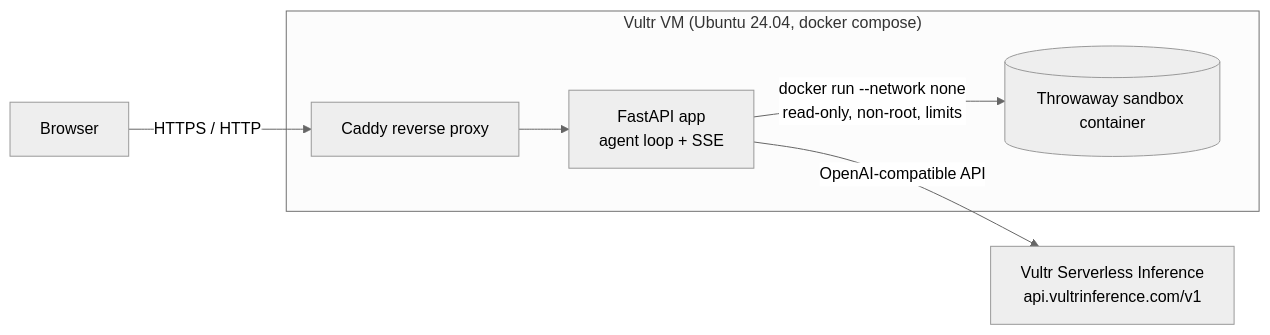
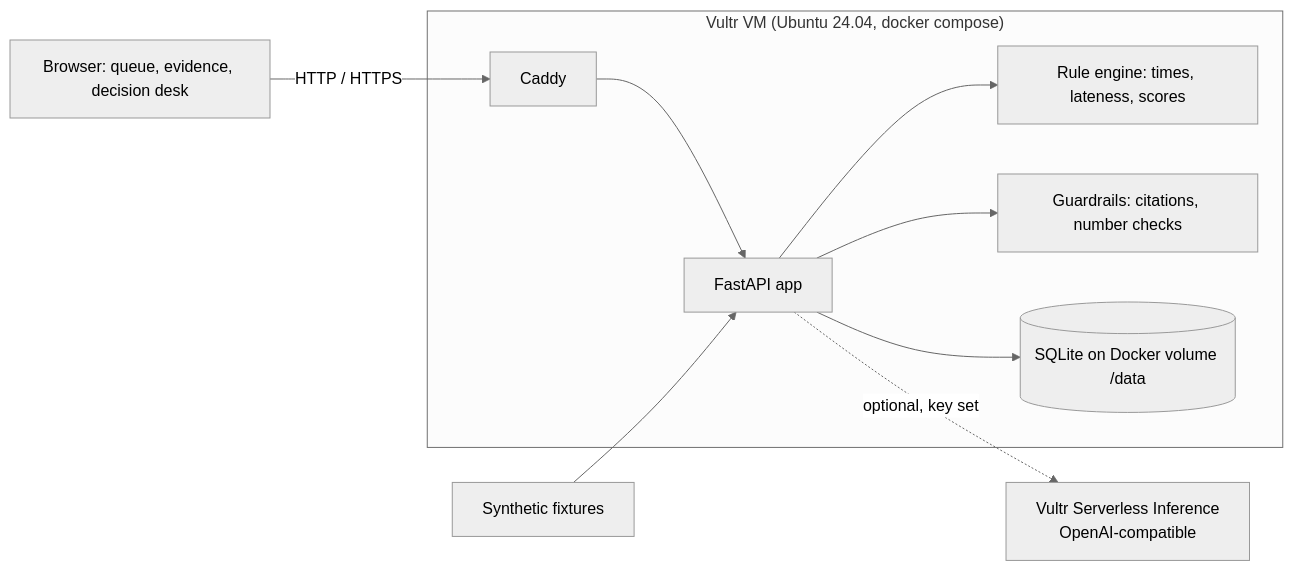
Before and after one commit to worldstar0722/vultr-agent-rush: the diagram in README.md, drawn with Mermaid (neutral theme). The commit also changed other lines of this file and 40 other files, not shown here.

````diff
--- a/README.md
+++ b/README.md
@@ -21,9 +31,12 @@
 ```mermaid
 flowchart LR
-    B[Browser] -->|HTTPS / HTTP| C[Caddy reverse proxy]
+    B[Browser: queue, evidence, decision desk] -->|HTTP / HTTPS| C[Caddy]
     subgraph VM["Vultr VM (Ubuntu 24.04, docker compose)"]
-        C --> A[FastAPI app<br/>agent loop + SSE]
-        A -->|docker run --network none<br/>read-only, non-root, limits| S[(Throwaway sandbox container)]
+        C --> A[FastAPI app]
+        A --> R[Rule engine: times, lateness, scores]
+        A --> G[Guardrails: citations, number checks]
+        A --> D[(SQLite on Docker volume /data)]
     end
-    A -->|OpenAI-compatible API| I[Vultr Serverless Inference<br/>api.vultrinference.com/v1]
+    A -. optional, key set .-> I[Vultr Serverless Inference<br/>OpenAI-compatible]
+    F[Synthetic fixtures] --> A
 ```
````
